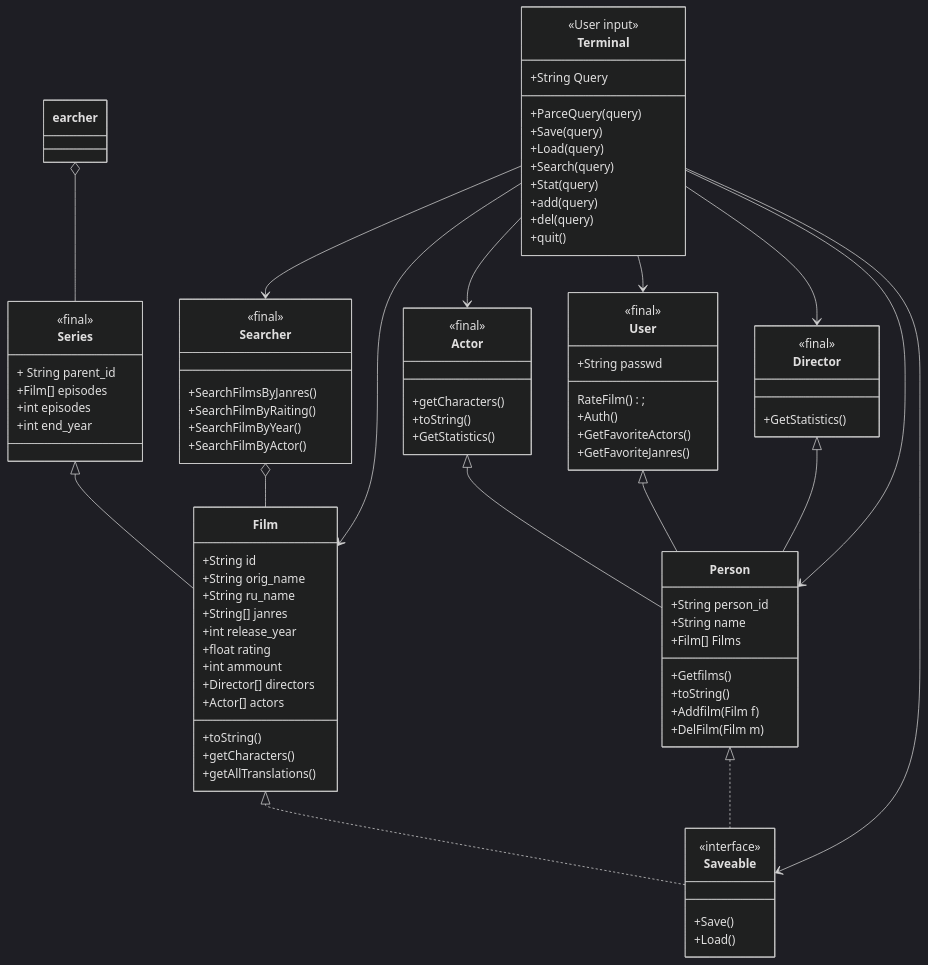
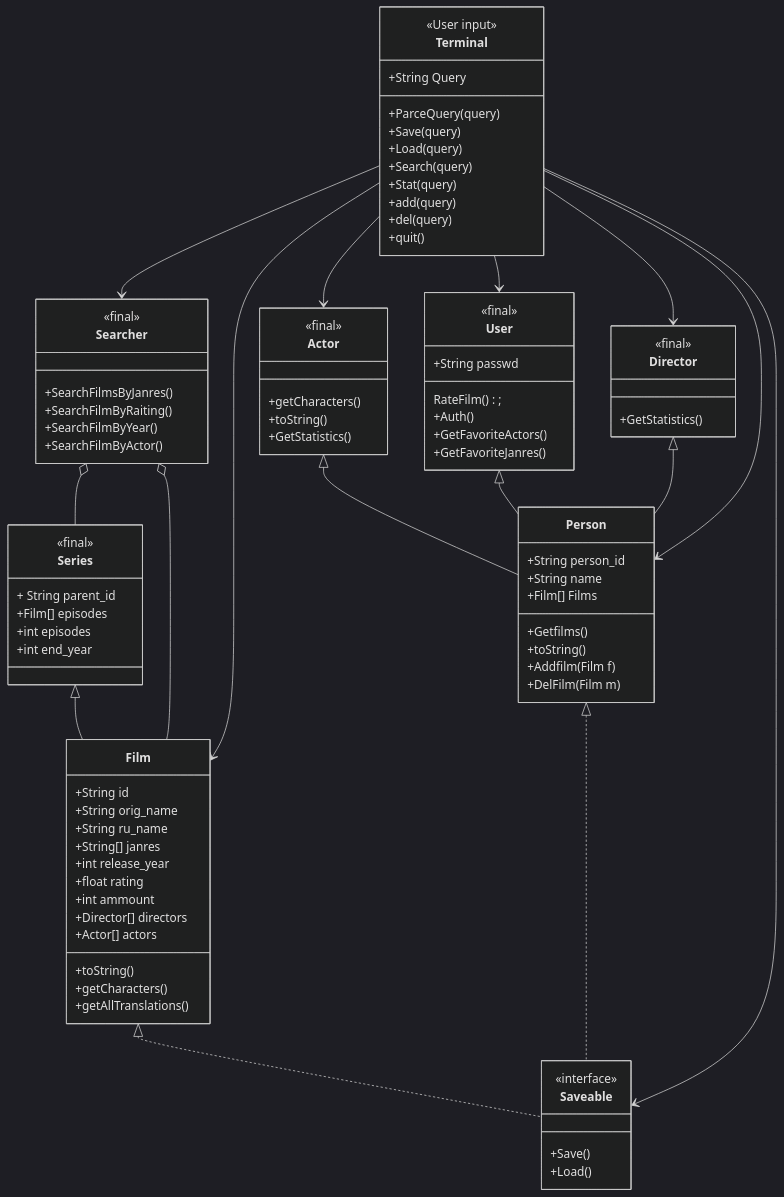
One commit to mmonastyrskiy/Programming_3_sem changed the diagram in Java_OOP/Monastyrskiy/Java_project/docs/structure.md. Above: the diagram before and after it, drawn with Mermaid (dark theme).

```diff
--- a/Java_OOP/Monastyrskiy/Java_project/docs/structure.md
+++ b/Java_OOP/Monastyrskiy/Java_project/docs/structure.md
@@ -106,7 +106,7 @@
     Film <|.. Saveable
     Person <|.. Saveable
     Searcher o-- Film
-    earcher o-- Series
+    Searcher o-- Series
     
     
     Terminal --> Searcher
```
